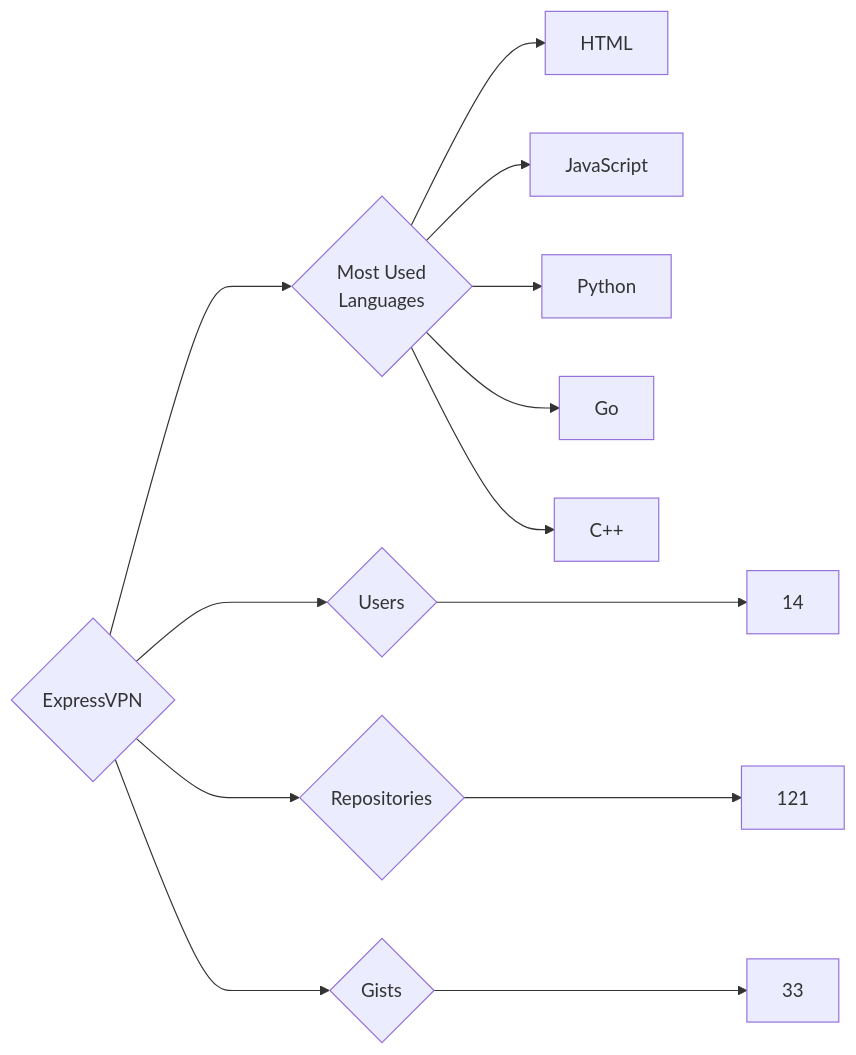
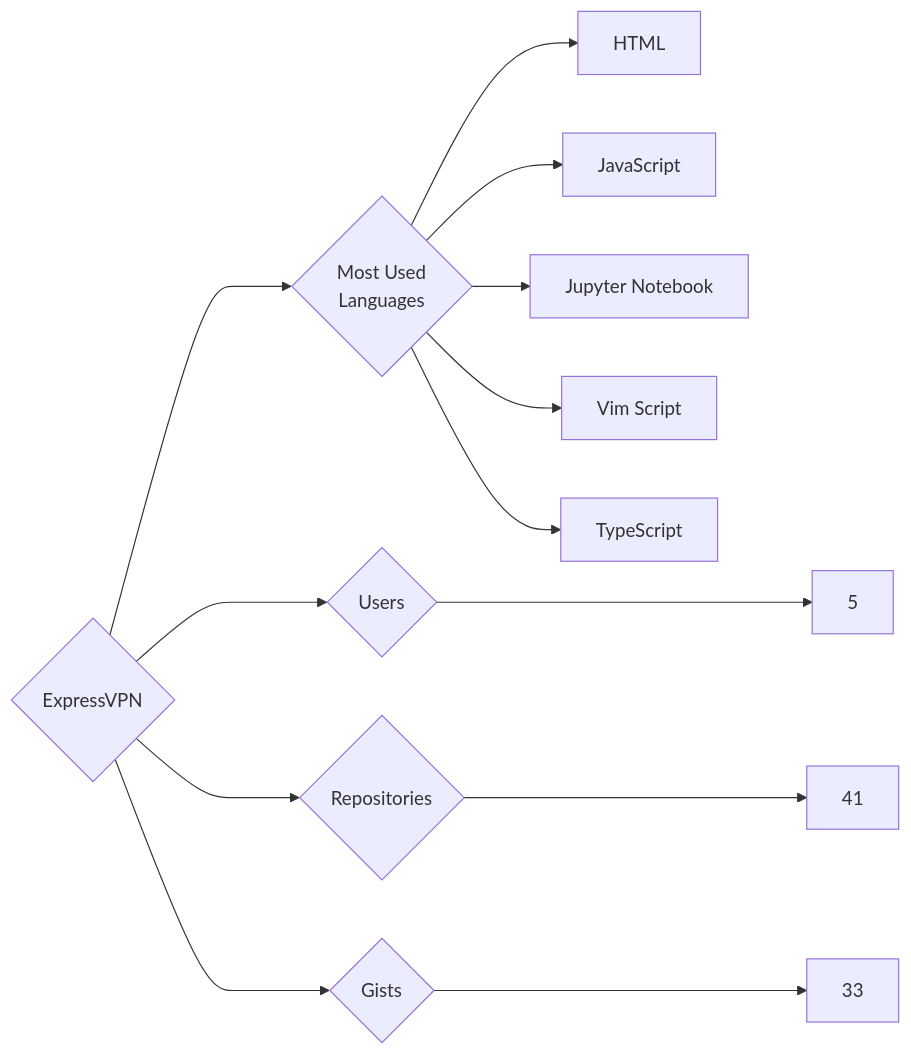
Before and after one commit to trickest/insiders: the diagram in targets/ExpressVPN/README.md, drawn with Mermaid. The commit also changed 1212 other files, not shown here.

````diff
--- a/targets/ExpressVPN/README.md
+++ b/targets/ExpressVPN/README.md
@@ -3,13 +3,13 @@
 ```mermaid
 graph LR
 COMPANY_NAME{ExpressVPN}
-COMPANY_NAME ---> U{Users} ---> UN[14]
-COMPANY_NAME ---> R{Repositories} ---> RN[121]
+COMPANY_NAME ---> U{Users} ---> UN[5]
+COMPANY_NAME ---> R{Repositories} ---> RN[41]
 COMPANY_NAME ---> G{Gists} ---> GN[33]
 COMPANY_NAME ---> ML{Most Used<br>Languages}
 ML --> HTML[HTML]
 ML --> JavaScript[JavaScript]
-ML --> Python[Python]
-ML --> Go[Go]
-ML --> C++[C++]
+ML --> Jupyter_Notebook[Jupyter Notebook]
+ML --> Vim_Script[Vim Script]
+ML --> TypeScript[TypeScript]
 ```
````
